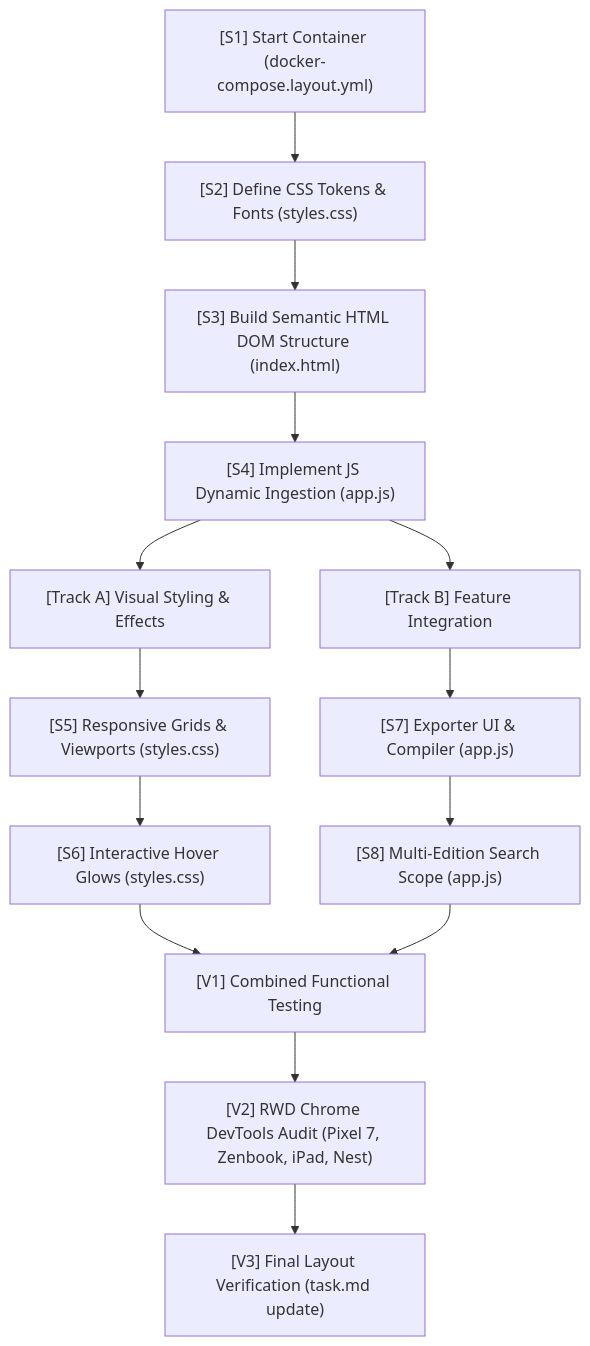
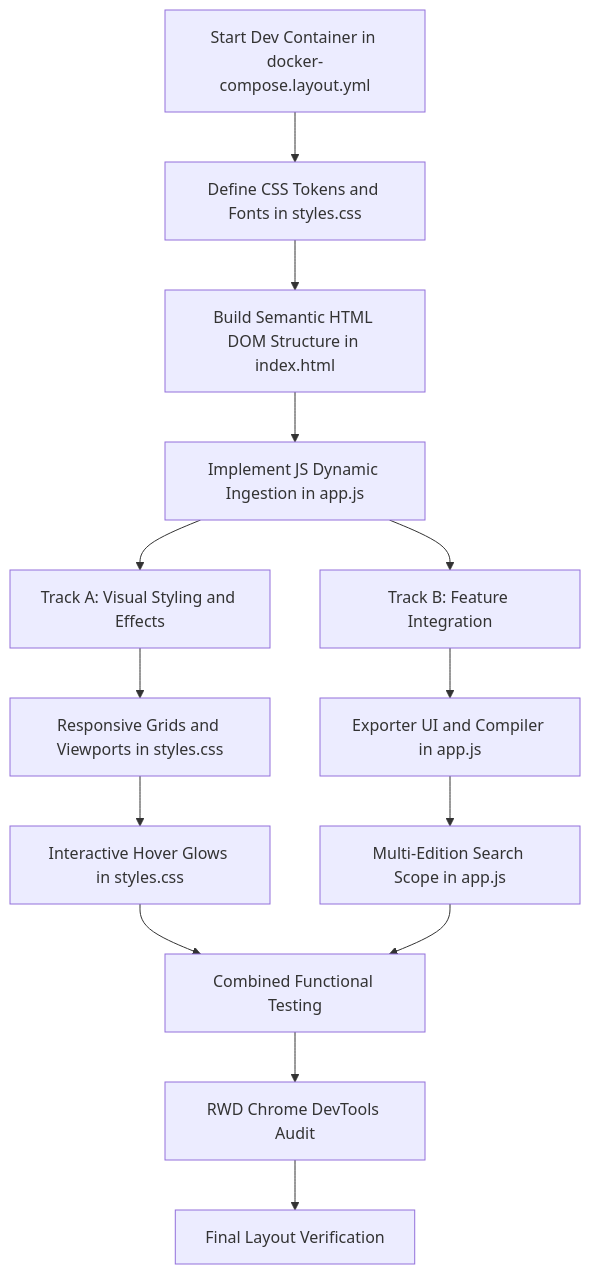
Before and after one commit to hrvthgergo/ai-chronicle-hub: the diagram in .agents/plans/newsletter/phase-2-implementation-map.md, drawn with Mermaid.

Commit message:
Fix Mermaid diagram labels by removing nested quotes and brackets

````diff
--- a/.agents/plans/newsletter/phase-2-implementation-map.md
+++ b/.agents/plans/newsletter/phase-2-implementation-map.md
@@ -11,25 +11,25 @@
 ```mermaid
 graph TD
     %% Sequential Core Setup
-    S1["[S1] Start Container (docker-compose.layout.yml)"] --> S2["[S2] Define CSS Tokens & Fonts (styles.css)"]
-    S2 --> S3["[S3] Build Semantic HTML DOM Structure (index.html)"]
-    S3 --> S4["[S4] Implement JS Dynamic Ingestion (app.js)"]
+    S1[Start Dev Container in docker-compose.layout.yml] --> S2[Define CSS Tokens and Fonts in styles.css]
+    S2 --> S3[Build Semantic HTML DOM Structure in index.html]
+    S3 --> S4[Implement JS Dynamic Ingestion in app.js]
     
     %% Split into Parallel Tracks
-    S4 --> P1_Track["[Track A] Visual Styling & Effects"]
-    S4 --> P2_Track["[Track B] Feature Integration"]
+    S4 --> P1_Track[Track A: Visual Styling and Effects]
+    S4 --> P2_Track[Track B: Feature Integration]
     
     %% Parallel Track A: Visuals
-    P1_Track --> S5["[S5] Responsive Grids & Viewports (styles.css)"]
-    S5 --> S6["[S6] Interactive Hover Glows (styles.css)"]
+    P1_Track --> S5[Responsive Grids and Viewports in styles.css]
+    S5 --> S6[Interactive Hover Glows in styles.css]
     
     %% Parallel Track B: Features
-    P2_Track --> S7["[S7] Exporter UI & Compiler (app.js)"]
-    S7 --> S8["[S8] Multi-Edition Search Scope (app.js)"]
+    P2_Track --> S7[Exporter UI and Compiler in app.js]
+    S7 --> S8[Multi-Edition Search Scope in app.js]
     
     %% Join for Verification
-    S6 --> V1["[V1] Combined Functional Testing"]
+    S6 --> V1[Combined Functional Testing]
     S8 --> V1
-    V1 --> V2["[V2] RWD Chrome DevTools Audit (Pixel 7, Zenbook, iPad, Nest)"]
-    V2 --> V3["[V3] Final Layout Verification (task.md update)"]
+    V1 --> V2[RWD Chrome DevTools Audit]
+    V2 --> V3[Final Layout Verification]
 ```
````
